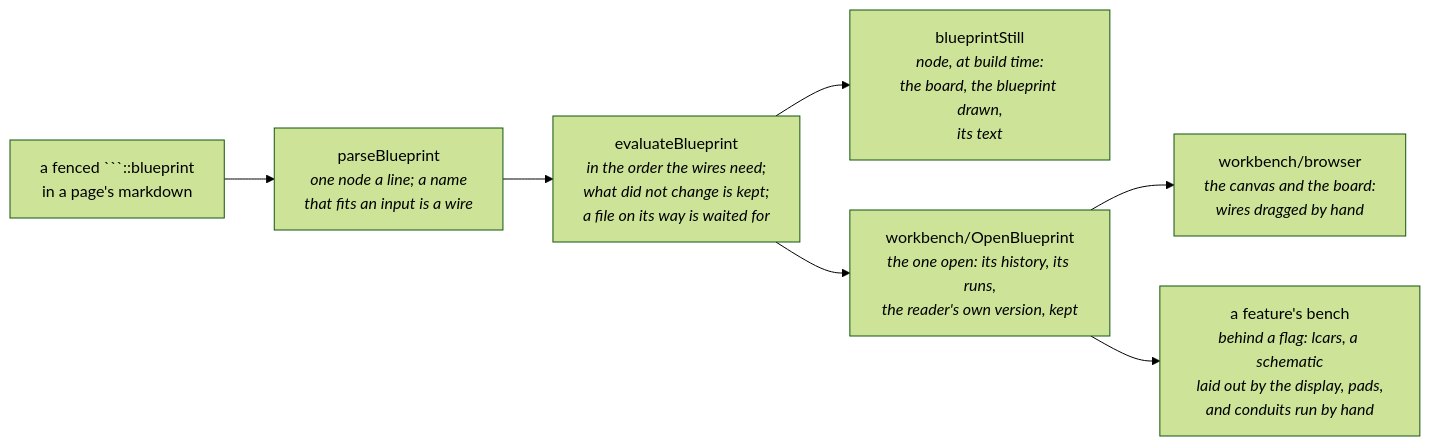
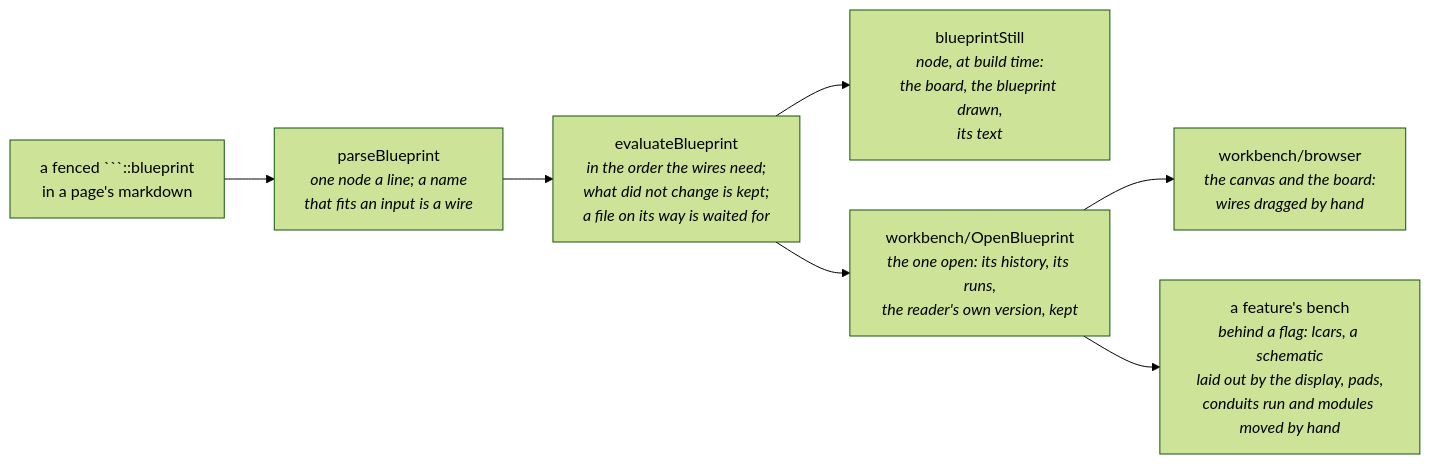
Before and after one commit to drpicox/david-rodenas.com: the ninth of 9 diagrams in ARCHITECTURE.md, drawn with Mermaid (forest theme). The commit also changed other lines of this file and 14 other files, not shown here.

````diff
--- a/ARCHITECTURE.md
+++ b/ARCHITECTURE.md
@@ -333,16 +333,16 @@
 ```mermaid
 graph LR
   text["a fenced ```::blueprint<br/>in a page's markdown"]
   parse["parseBlueprint<br/><i>one node a line; a name<br/>that fits an input is a wire</i>"]
   run["evaluateBlueprint<br/><i>in the order the wires need;<br/>what did not change is kept;<br/>a file on its way is waited for</i>"]
   still["blueprintStill<br/><i>node, at build time:<br/>the board, the blueprint drawn,<br/>its text</i>"]
   open["workbench/OpenBlueprint<br/><i>the one open: its history, its runs,<br/>the reader's own version, kept</i>"]
   bench["workbench/browser<br/><i>the canvas and the board:<br/>wires dragged by hand</i>"]
-  other["a feature's bench<br/><i>behind a flag: lcars, a schematic<br/>laid out by the display, pads,<br/>and conduits run by hand</i>"]
+  other["a feature's bench<br/><i>behind a flag: lcars, a schematic<br/>laid out by the display, pads,<br/>conduits run and modules moved by hand</i>"]
 
   text --> parse --> run
   run --> still
   run --> open
   open --> bench
   open --> other
 ```
````
